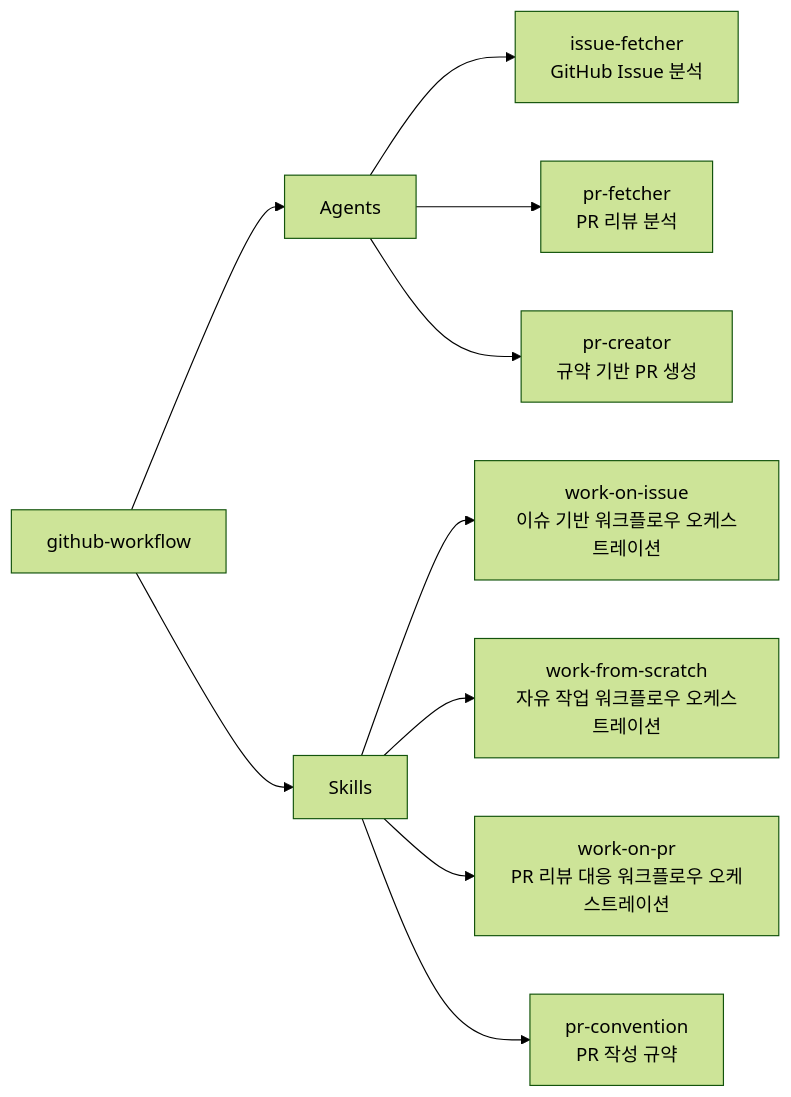
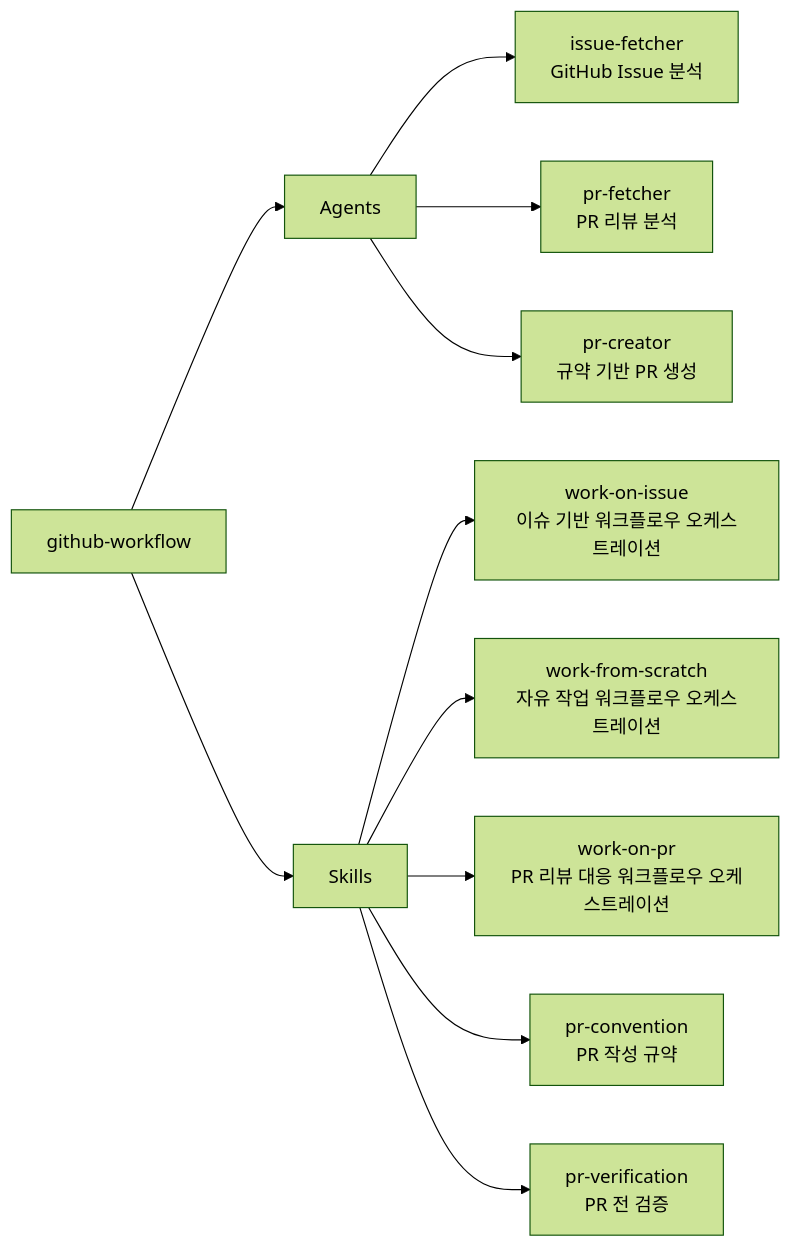
The diagram in plugins/github-workflow/README.md (iamhoonse-dev/hoonse-claude-plugins), drawn with Mermaid (forest theme) before and after one commit. The commit also changed other lines of this file and 3 other files, not shown here.

````diff
--- a/plugins/github-workflow/README.md
+++ b/plugins/github-workflow/README.md
@@ -7,14 +7,15 @@
 ```mermaid
 graph LR
     A[github-workflow] --> C[Agents]
     A --> D[Skills]
 
     C --> C1[issue-fetcher<br/>GitHub Issue 분석]
     C --> C2[pr-fetcher<br/>PR 리뷰 분석]
     C --> C3[pr-creator<br/>규약 기반 PR 생성]
 
     D --> D1[work-on-issue<br/>이슈 기반 워크플로우 오케스트레이션]
     D --> D2[work-from-scratch<br/>자유 작업 워크플로우 오케스트레이션]
     D --> D3[work-on-pr<br/>PR 리뷰 대응 워크플로우 오케스트레이션]
     D --> D4[pr-convention<br/>PR 작성 규약]
+    D --> D5[pr-verification<br/>PR 전 검증]
 ```
````
